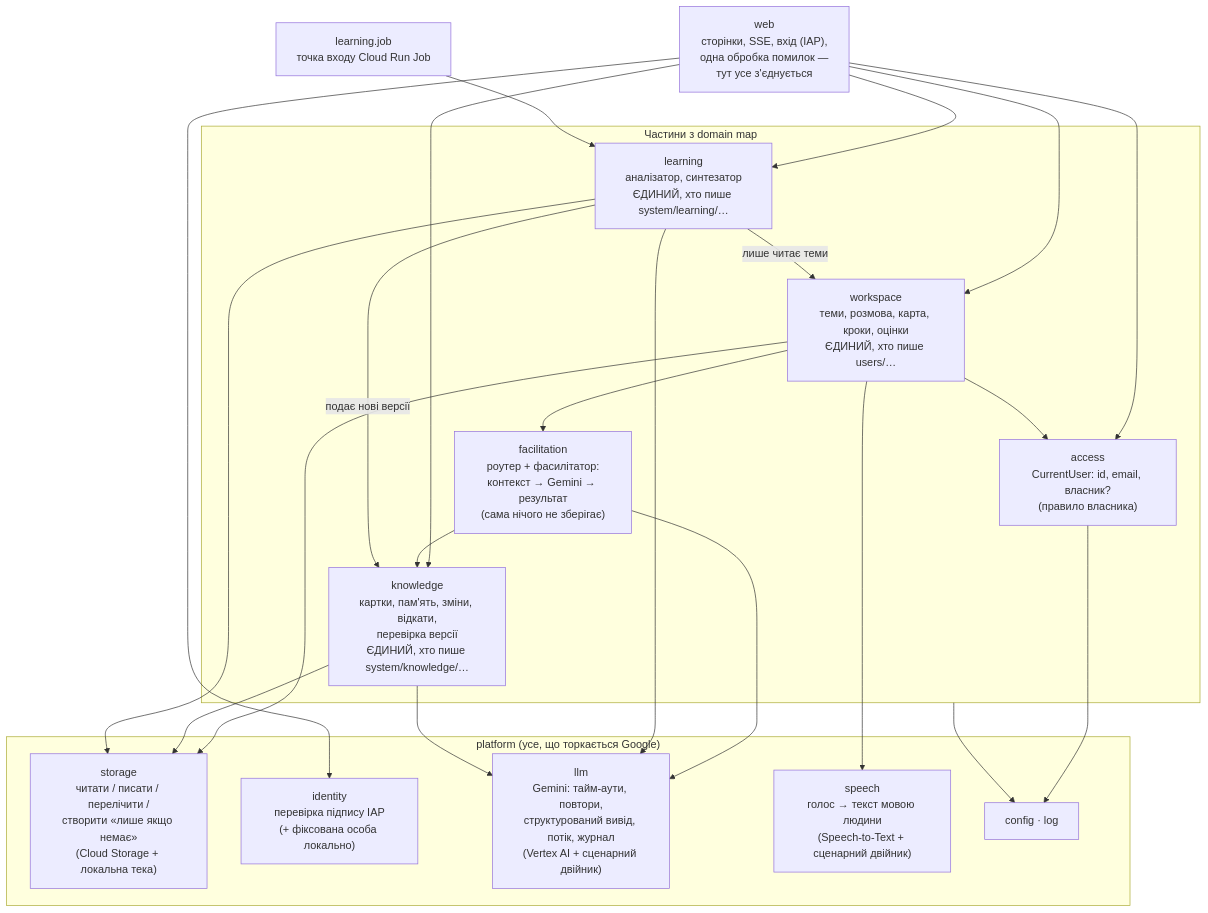
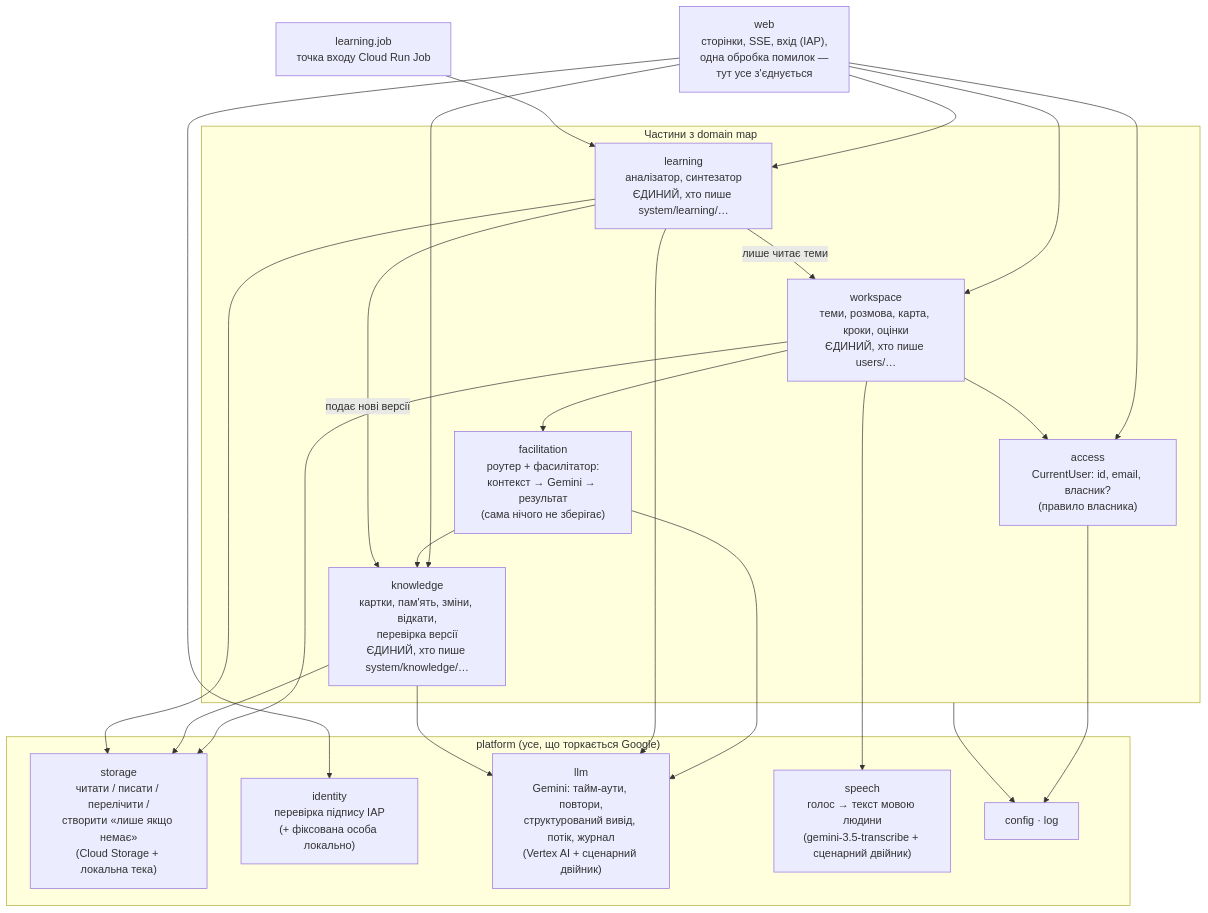
The fourth of 4 diagrams in .engine/architecture/architecture-map.md (Tolkoton/thinkhow), drawn with Mermaid before and after one commit. The commit also changed other lines of this file and 52 other files, not shown here.

Commit message:
feat(platform,workspace,web): dictation — gemini-3.5-transcribe on eu in the person's language, mic in the field (F13 S2)

````diff
--- a/.engine/architecture/architecture-map.md
+++ b/.engine/architecture/architecture-map.md
@@ -418,42 +412,42 @@
 ```mermaid
 flowchart TB
     web["web<br/>сторінки, SSE, вхід (IAP),<br/>одна обробка помилок —<br/>тут усе з'єднується"]
     job["learning.job<br/>точка входу Cloud Run Job"]
 
     subgraph contexts["Частини з domain map"]
         access["access<br/>CurrentUser: id, email, власник?<br/>(правило власника)"]
         workspace["workspace<br/>теми, розмова, карта, кроки, оцінки<br/>ЄДИНИЙ, хто пише users/…"]
         facil["facilitation<br/>роутер + фасилітатор:<br/>контекст → Gemini → результат<br/>(сама нічого не зберігає)"]
         knowledge["knowledge<br/>картки, пам'ять, зміни, відкати,<br/>перевірка версії<br/>ЄДИНИЙ, хто пише system/knowledge/…"]
         learning["learning<br/>аналізатор, синтезатор<br/>ЄДИНИЙ, хто пише system/learning/…"]
     end
 
     subgraph platform["platform (усе, що торкається Google)"]
         storage["storage<br/>читати / писати / перелічити /<br/>створити «лише якщо немає»<br/>(Cloud Storage + локальна тека)"]
         identity["identity<br/>перевірка підпису IAP<br/>(+ фіксована особа локально)"]
         llm["llm<br/>Gemini: тайм-аути, повтори,<br/>структурований вивід, потік, журнал<br/>(Vertex AI + сценарний двійник)"]
-        speech["speech<br/>голос → текст мовою людини<br/>(Speech-to-Text + сценарний двійник)"]
+        speech["speech<br/>голос → текст мовою людини<br/>(gemini-3.5-transcribe + сценарний двійник)"]
         cfg["config · log"]
     end
 
     web --> access
     web --> identity
     workspace --> speech
     workspace --> access
     web --> workspace
     web --> knowledge
     web --> learning
     job --> learning
     workspace --> facil
     facil --> knowledge
     facil --> llm
     learning -->|"лише читає теми"| workspace
     learning -->|"подає нові версії"| knowledge
     learning --> llm
     workspace --> storage
     knowledge --> storage
     learning --> storage
     knowledge --> llm
     access --> cfg
     contexts --> cfg
 ```
````
